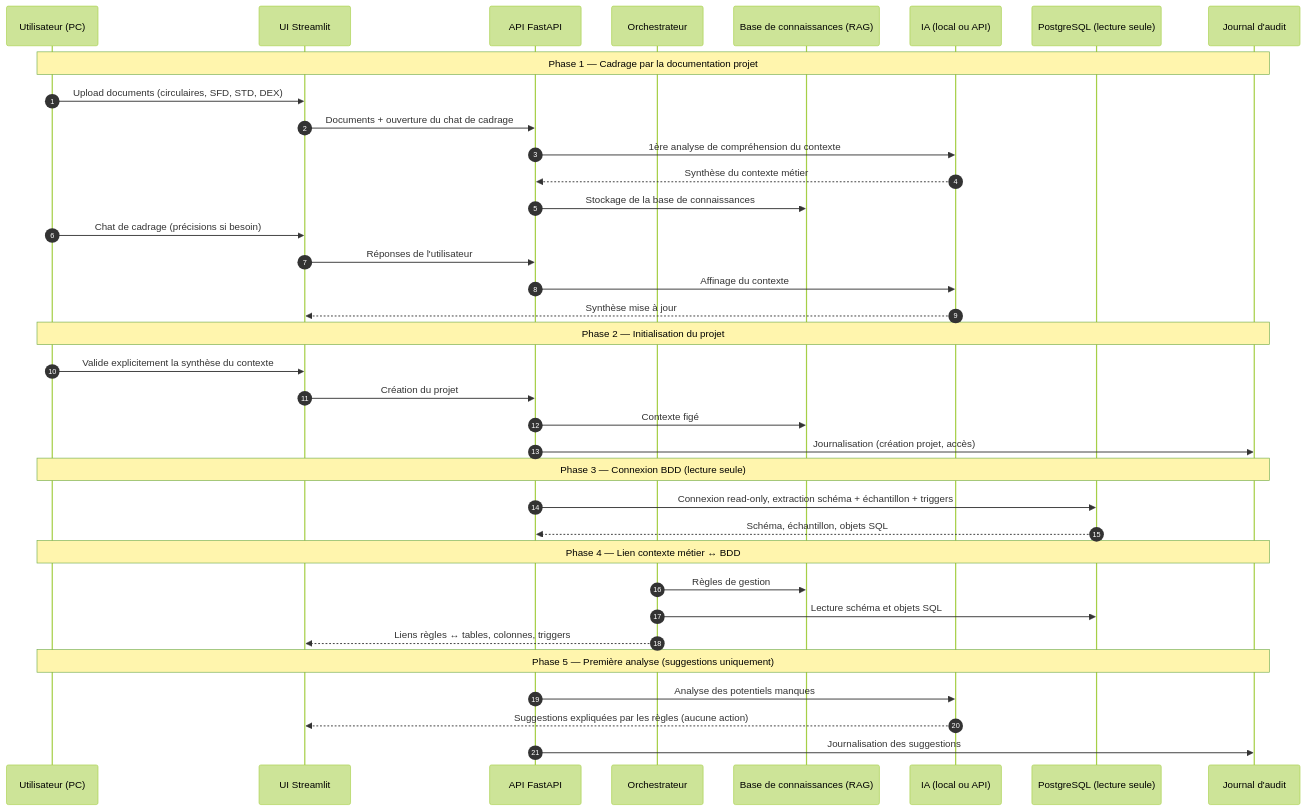
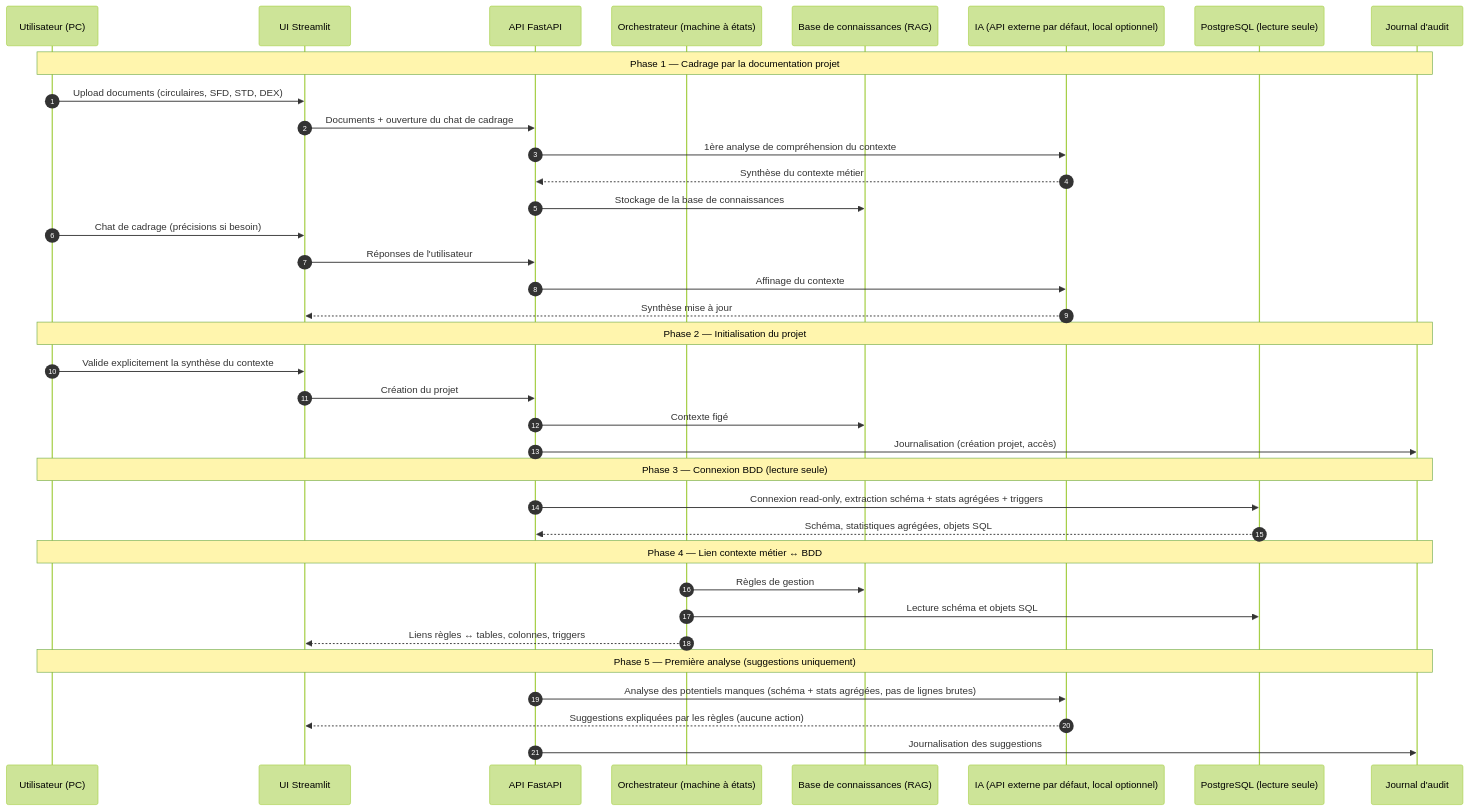
Before and after one commit to Choori279/Yasna: the third of 5 diagrams in Yasna_Schemas_Parcours.md, drawn with Mermaid (forest theme). The commit also changed other lines of this file, not shown here.

Commit message:
docs: Schémas v1.1 — machine à états, double validation MOA + technique, minimisation des données envoyées au LLM, arrêt d'urgence, reverse proxy/OIDC, API externe par défaut (P1, P3, P4, P13, P15, P20)

````diff
--- a/Yasna_Schemas_Parcours.md
+++ b/Yasna_Schemas_Parcours.md
@@ -61,43 +83,43 @@
 ```mermaid
 sequenceDiagram
     autonumber
     participant U as Utilisateur (PC)
     participant UI as UI Streamlit
     participant API as API FastAPI
-    participant ORCH as Orchestrateur
+    participant ORCH as Orchestrateur (machine à états)
     participant RAG as Base de connaissances (RAG)
-    participant LLM as IA (local ou API)
+    participant LLM as IA (API externe par défaut, local optionnel)
     participant DB as PostgreSQL (lecture seule)
     participant AUD as Journal d'audit
 
     Note over U,AUD: Phase 1 — Cadrage par la documentation projet
     U->>UI: Upload documents (circulaires, SFD, STD, DEX)
     UI->>API: Documents + ouverture du chat de cadrage
     API->>LLM: 1ère analyse de compréhension du contexte
     LLM-->>API: Synthèse du contexte métier
     API->>RAG: Stockage de la base de connaissances
     U->>UI: Chat de cadrage (précisions si besoin)
     UI->>API: Réponses de l'utilisateur
     API->>LLM: Affinage du contexte
     LLM-->>UI: Synthèse mise à jour
 
     Note over U,AUD: Phase 2 — Initialisation du projet
     U->>UI: Valide explicitement la synthèse du contexte
     UI->>API: Création du projet
     API->>RAG: Contexte figé
     API->>AUD: Journalisation (création projet, accès)
 
     Note over U,AUD: Phase 3 — Connexion BDD (lecture seule)
-    API->>DB: Connexion read-only, extraction schéma + échantillon + triggers
-    DB-->>API: Schéma, échantillon, objets SQL
+    API->>DB: Connexion read-only, extraction schéma + stats agrégées + triggers
+    DB-->>API: Schéma, statistiques agrégées, objets SQL
 
     Note over U,AUD: Phase 4 — Lien contexte métier ↔ BDD
     ORCH->>RAG: Règles de gestion
     ORCH->>DB: Lecture schéma et objets SQL
     ORCH-->>UI: Liens règles ↔ tables, colonnes, triggers
 
     Note over U,AUD: Phase 5 — Première analyse (suggestions uniquement)
-    API->>LLM: Analyse des potentiels manques
+    API->>LLM: Analyse des potentiels manques (schéma + stats agrégées, pas de lignes brutes)
     LLM-->>UI: Suggestions expliquées par les règles (aucune action)
     API->>AUD: Journalisation des suggestions
 ```
````
